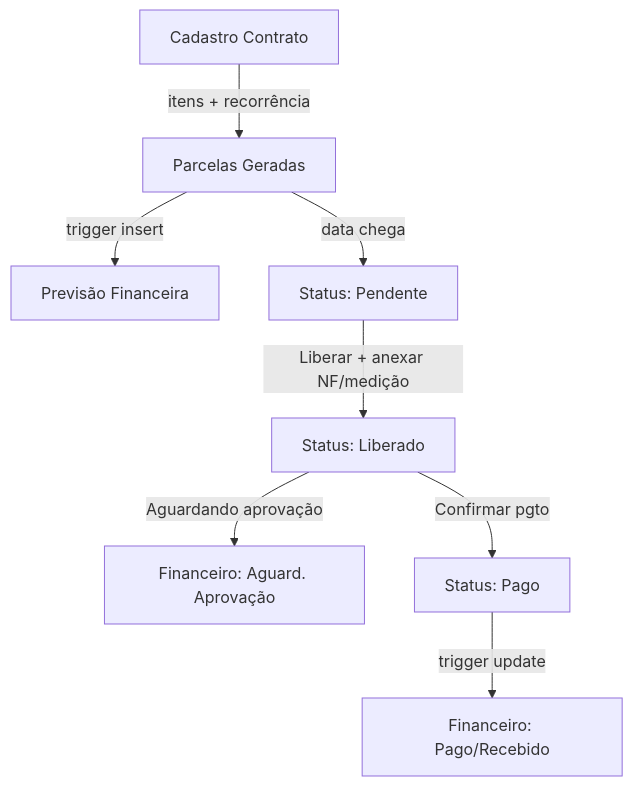
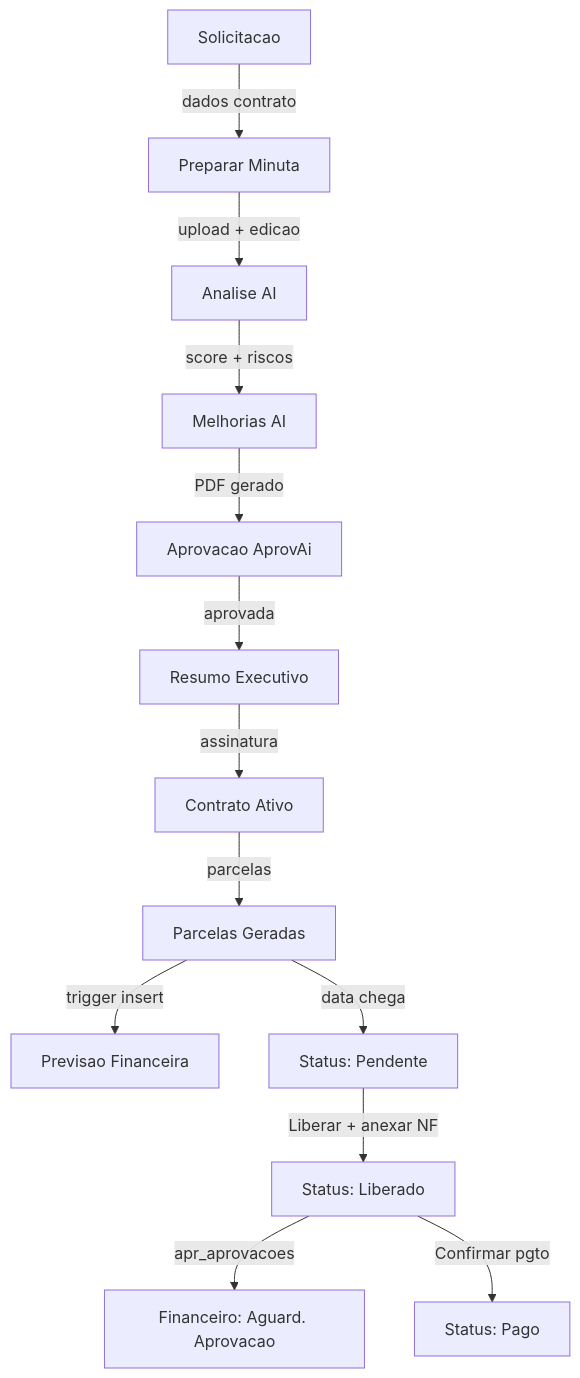
One commit to leandroteg/teg-plus changed the diagram in docs/obsidian/27 - Módulo Contratos Gestão.md. Above: the diagram before and after it, drawn with Mermaid. The commit also changed other lines of this file and 13 other files, not shown here.

First line of the commit message:
feat(aprovaai): add executive summary + PDF link for minuta approvals

````diff
--- a/docs/obsidian/27 - Módulo Contratos Gestão.md
+++ b/docs/obsidian/27 - Módulo Contratos Gestão.md
@@ -21,10 +27,15 @@
 ```mermaid
 graph TD
-    CONT[Cadastro Contrato] -->|itens + recorrência| PARC[Parcelas Geradas]
-    PARC -->|trigger insert| FIN[Previsão Financeira]
+    SOL[Solicitacao] -->|dados contrato| MIN[Preparar Minuta]
+    MIN -->|upload + edicao| AI[Analise AI]
+    AI -->|score + riscos| MEL[Melhorias AI]
+    MEL -->|PDF gerado| APR[Aprovacao AprovAi]
+    APR -->|aprovada| RES[Resumo Executivo]
+    RES -->|assinatura| ASS[Contrato Ativo]
+    ASS -->|parcelas| PARC[Parcelas Geradas]
+    PARC -->|trigger insert| FIN[Previsao Financeira]
     PARC -->|data chega| PEND[Status: Pendente]
-    PEND -->|Liberar + anexar NF/medição| LIB[Status: Liberado]
-    LIB -->|Aguardando aprovação| FINAP[Financeiro: Aguard. Aprovação]
+    PEND -->|Liberar + anexar NF| LIB[Status: Liberado]
+    LIB -->|apr_aprovacoes| FINAP[Financeiro: Aguard. Aprovacao]
     LIB -->|Confirmar pgto| PAGO[Status: Pago]
-    PAGO -->|trigger update| FINPG[Financeiro: Pago/Recebido]
 ```
````
